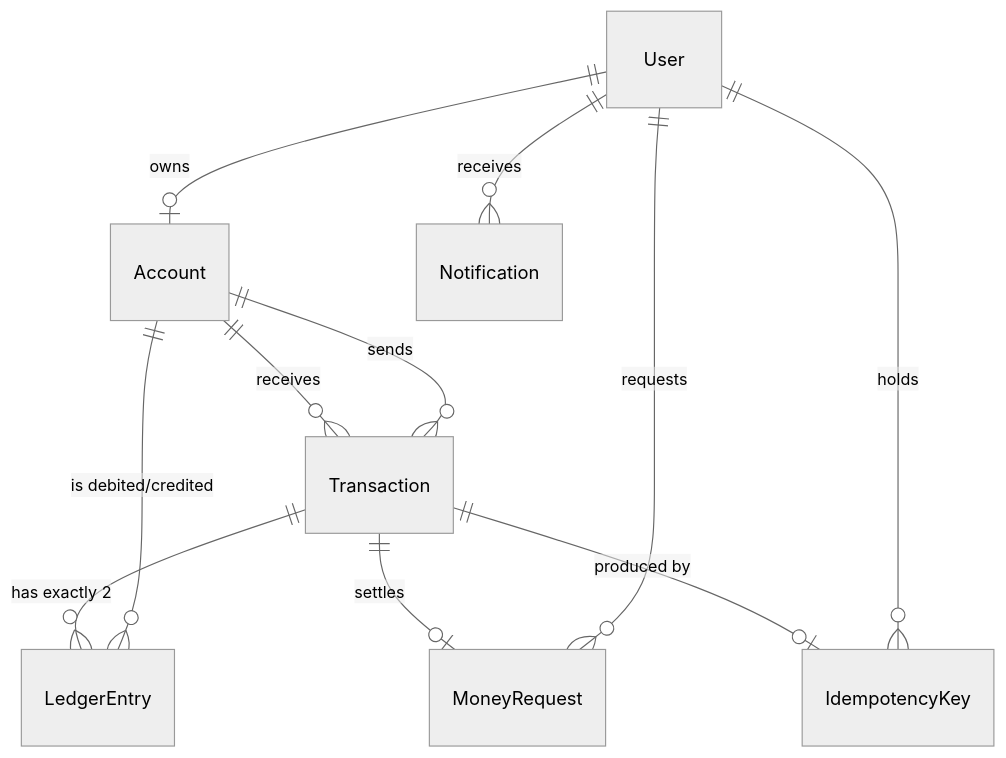
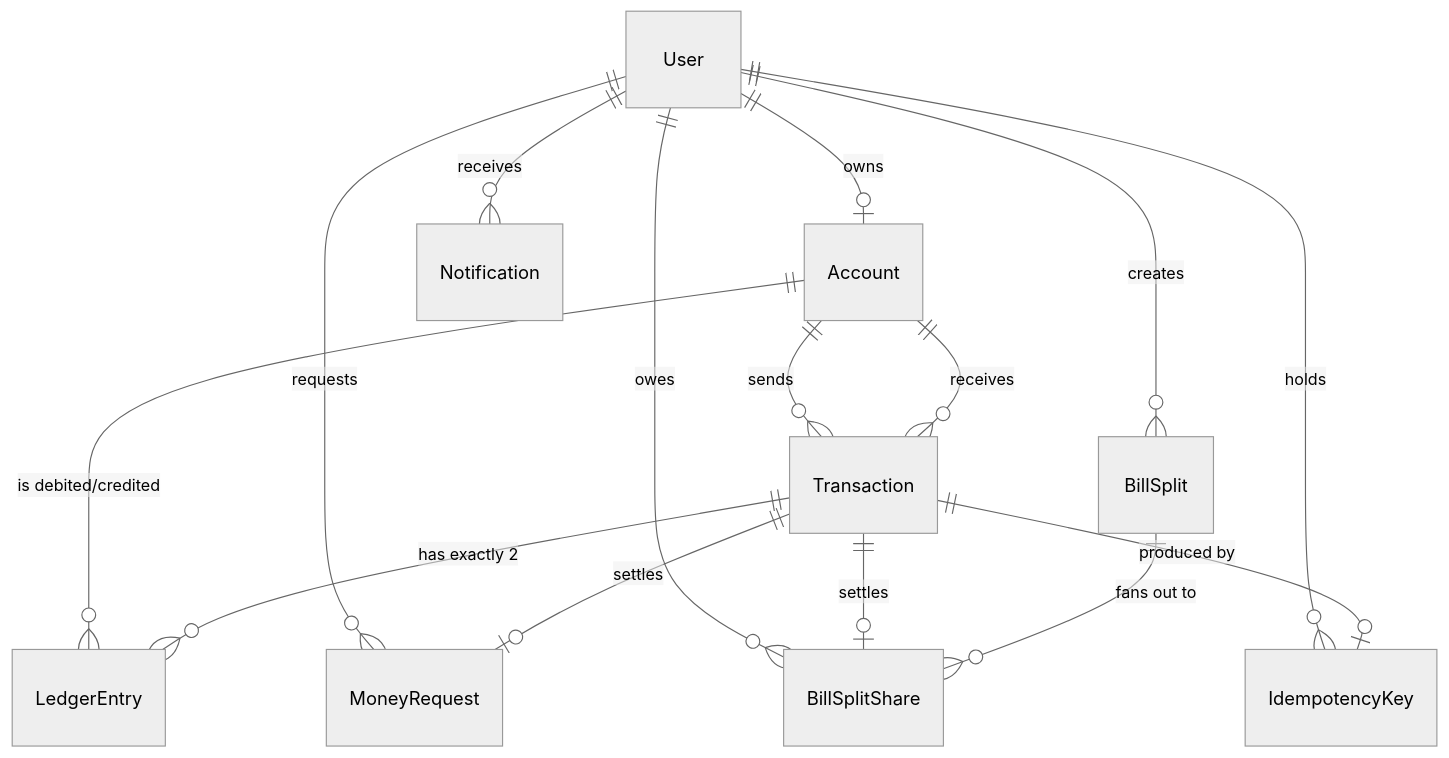
Before and after one commit to imransihab0/pstuitfest_carnival_final: the second of 3 diagrams in docs/KNOWLEDGE_GRAPH.md, drawn with Mermaid (neutral theme). The commit also changed other lines of this file and 21 other files, not shown here.

````diff
--- a/docs/KNOWLEDGE_GRAPH.md
+++ b/docs/KNOWLEDGE_GRAPH.md
@@ -108,13 +109,17 @@
 ```mermaid
 erDiagram
   User ||--o| Account : owns
   User ||--o{ MoneyRequest : requests
+  User ||--o{ BillSplit : creates
+  User ||--o{ BillSplitShare : owes
   User ||--o{ IdempotencyKey : holds
   User ||--o{ Notification : receives
   Account ||--o{ Transaction : sends
   Account ||--o{ Transaction : receives
   Account ||--o{ LedgerEntry : "is debited/credited"
   Transaction ||--o{ LedgerEntry : "has exactly 2"
   Transaction ||--o| MoneyRequest : settles
+  Transaction ||--o| BillSplitShare : settles
   Transaction ||--o| IdempotencyKey : "produced by"
+  BillSplit ||--o{ BillSplitShare : "fans out to"
 ```
````
